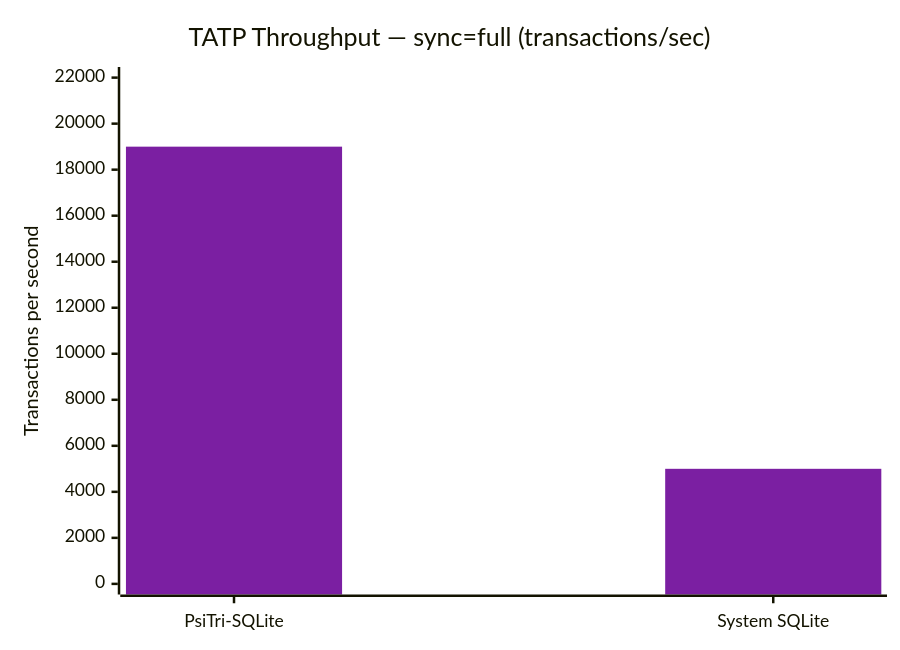
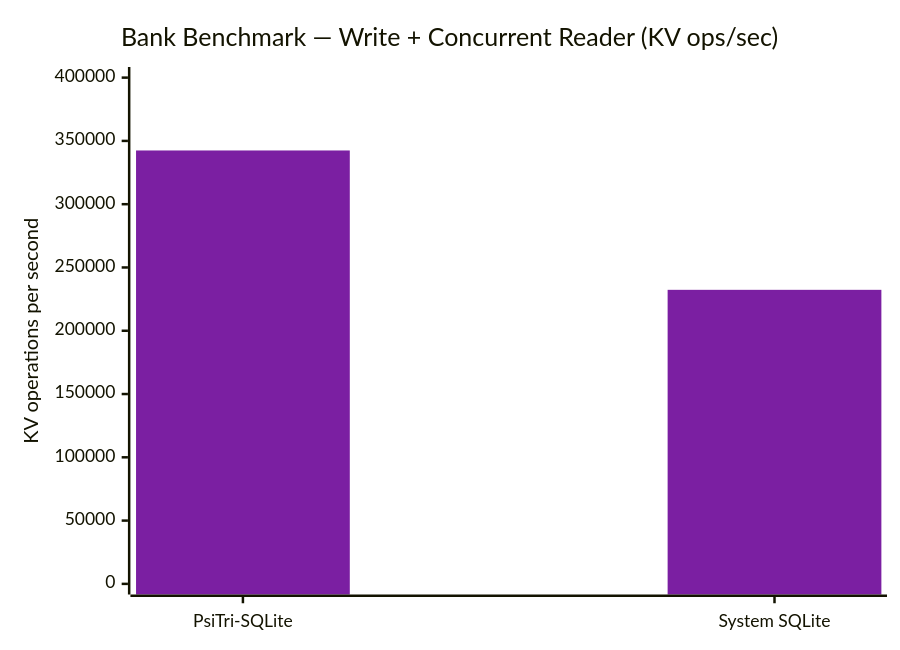
Before and after one commit to gofractally/arbtrie: the second of 2 diagrams in docs/benchmarks/sqlite-api.md, drawn with Mermaid. The commit also changed other lines of this file and 2 other files, not shown here.

First line of the commit message:
Update docs with single-root SQLite design and benchmark results

````diff
--- a/docs/benchmarks/sqlite-api.md
+++ b/docs/benchmarks/sqlite-api.md
@@ -39,8 +62,8 @@
 ```mermaid
 %%{init: {'theme': 'base', 'themeVariables': {'xyChart': {'plotColorPalette': '#7b1fa2,#1565c0'}}}}%%
 xychart-beta
-    title "TATP Throughput — sync=full (transactions/sec)"
+    title "Bank Benchmark — Write + Concurrent Reader (KV ops/sec)"
     x-axis ["PsiTri-SQLite", "System SQLite"]
-    y-axis "Transactions per second" 0 --> 22000
-    bar [19000, 5000]
+    y-axis "KV operations per second" 0 --> 400000
+    bar [342445, 232330]
 ```
````
